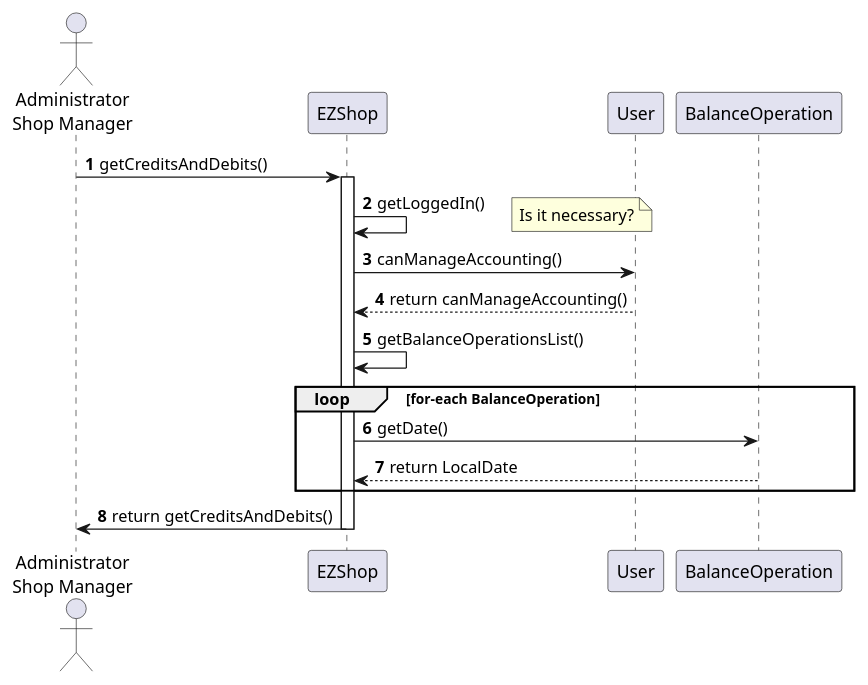
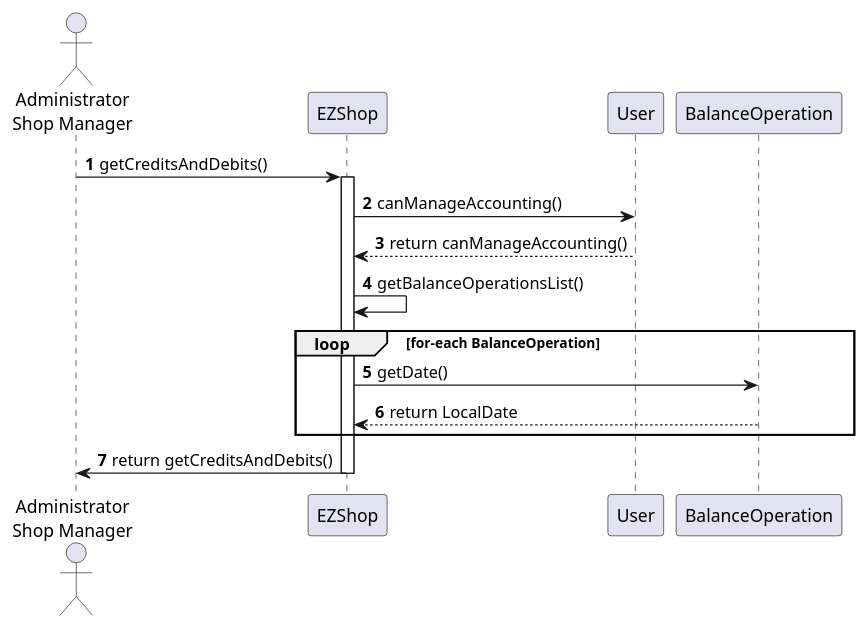
Diagram 15 of 15 in Deliverables/DesignDocument.md (gioele-scaletta/EZShop-Software-Engineering-Project), drawn with PlantUML before and after one commit. The commit also changed other lines of this file, not shown here.

Commit message:
docs: updated sequence diagrams for scenarios 8.1, 8.2, 9.1, 10.1, 10.2

````diff
--- a/Deliverables/DesignDocument.md
+++ b/Deliverables/DesignDocument.md
@@ -544,18 +540,16 @@
 ```plantuml
 actor "Administrator\nShop Manager" as user
 
 autonumber
 user -> EZShop : getCreditsAndDebits()
 activate EZShop
-EZShop -> EZShop : getLoggedIn()
-note right: Is it necessary?
 EZShop -> User : canManageAccounting()
 EZShop <-- User : return canManageAccounting()
 EZShop -> EZShop : getBalanceOperationsList()
 loop for-each BalanceOperation
     EZShop -> BalanceOperation : getDate()
     EZShop <-- BalanceOperation : return LocalDate
 end
 user <- EZShop : return getCreditsAndDebits()
 deactivate EZShop
 ```
````
